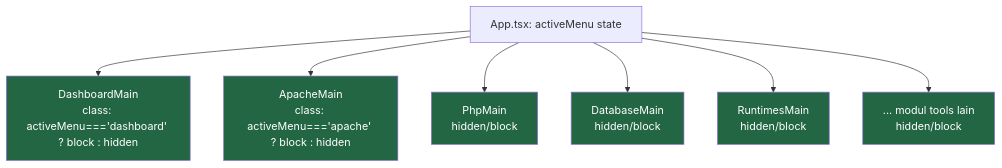
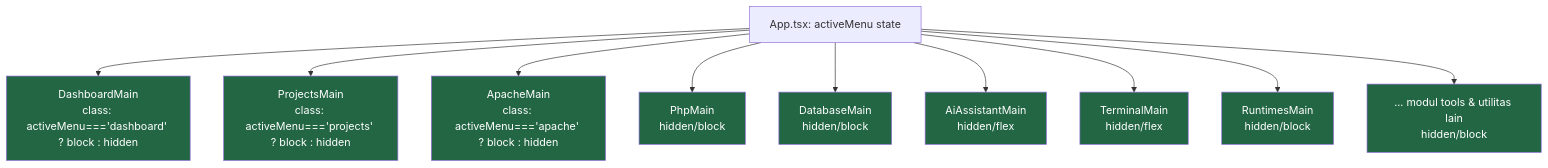
The first of 9 diagrams in docs/frontend_ui.md (authntcG/vyloserve), drawn with Mermaid before and after one commit. The commit also changed other lines of this file and 146 other files, not shown here.

First line of the commit message:
Add multi-runtime projects and developer tools

````diff
--- a/docs/frontend_ui.md
+++ b/docs/frontend_ui.md
@@ -207,16 +214,22 @@
 ```mermaid
 flowchart TD
     App[App.tsx: activeMenu state] --> Dash["DashboardMain<br/>class: activeMenu==='dashboard' ? block : hidden"]
+    App --> Proj["ProjectsMain<br/>class: activeMenu==='projects' ? block : hidden"]
     App --> Apache["ApacheMain<br/>class: activeMenu==='apache' ? block : hidden"]
     App --> Php["PhpMain<br/>hidden/block"]
     App --> Db["DatabaseMain<br/>hidden/block"]
+    App --> Ai["AiAssistantMain<br/>hidden/flex"]
+    App --> Term["TerminalMain<br/>hidden/flex"]
     App --> Rt["RuntimesMain<br/>hidden/block"]
-    App --> Tools["... modul tools lain<br/>hidden/block"]
+    App --> Tools["... modul tools & utilitas lain<br/>hidden/block"]
 
     style Dash fill:#264,color:#fff
+    style Proj fill:#264,color:#fff
     style Apache fill:#264,color:#fff
     style Php fill:#264,color:#fff
     style Db fill:#264,color:#fff
+    style Ai fill:#264,color:#fff
+    style Term fill:#264,color:#fff
     style Rt fill:#264,color:#fff
     style Tools fill:#264,color:#fff
 ```
````
